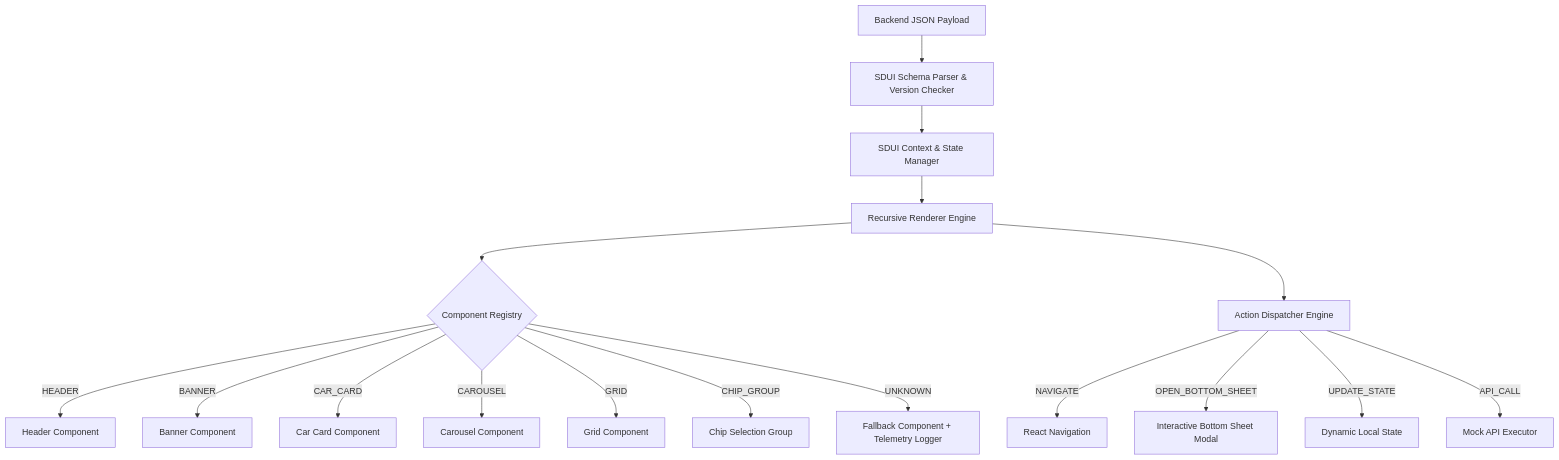
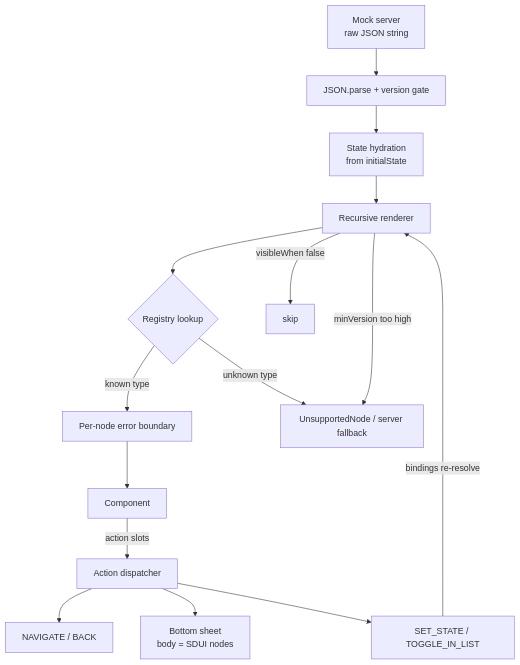
Before and after one commit to abhay2767/sdui: the diagram in README.md, drawn with Mermaid. The commit also changed other lines of this file and 62 other files, not shown here.

````diff
--- a/README.md
+++ b/README.md
@@ -24,20 +82,16 @@
 ```mermaid
 flowchart TD
-    A[Backend JSON Payload] --> B[SDUI Schema Parser & Version Checker]
-    B --> C[SDUI Context & State Manager]
-    C --> D[Recursive Renderer Engine]
-    D --> E{Component Registry}
-    E -->|HEADER| F[Header Component]
-    E -->|BANNER| G[Banner Component]
-    E -->|CAR_CARD| H[Car Card Component]
-    E -->|CAROUSEL| I[Carousel Component]
-    E -->|GRID| J[Grid Component]
-    E -->|CHIP_GROUP| K[Chip Selection Group]
-    E -->|UNKNOWN| L[Fallback Component + Telemetry Logger]
-    
-    D --> M[Action Dispatcher Engine]
-    M -->|NAVIGATE| N[React Navigation]
-    M -->|OPEN_BOTTOM_SHEET| O[Interactive Bottom Sheet Modal]
-    M -->|UPDATE_STATE| P[Dynamic Local State]
-    M -->|API_CALL| Q[Mock API Executor]
+    S[Mock server<br/>raw JSON string] --> P[JSON.parse + version gate]
+    P --> H[State hydration<br/>from initialState]
+    H --> R[Recursive renderer]
+    R --> REG{Registry lookup}
+    REG -->|known type| EB[Per-node error boundary] --> C[Component]
+    REG -->|unknown type| U[UnsupportedNode / server fallback]
+    R -->|visibleWhen false| X[skip]
+    R -->|minVersion too high| U
+    C -->|action slots| D[Action dispatcher]
+    D --> NAV[NAVIGATE / BACK]
+    D --> SHEET[Bottom sheet<br/>body = SDUI nodes]
+    D --> ST[SET_STATE / TOGGLE_IN_LIST]
+    ST -->|bindings re-resolve| R
 ```
````
